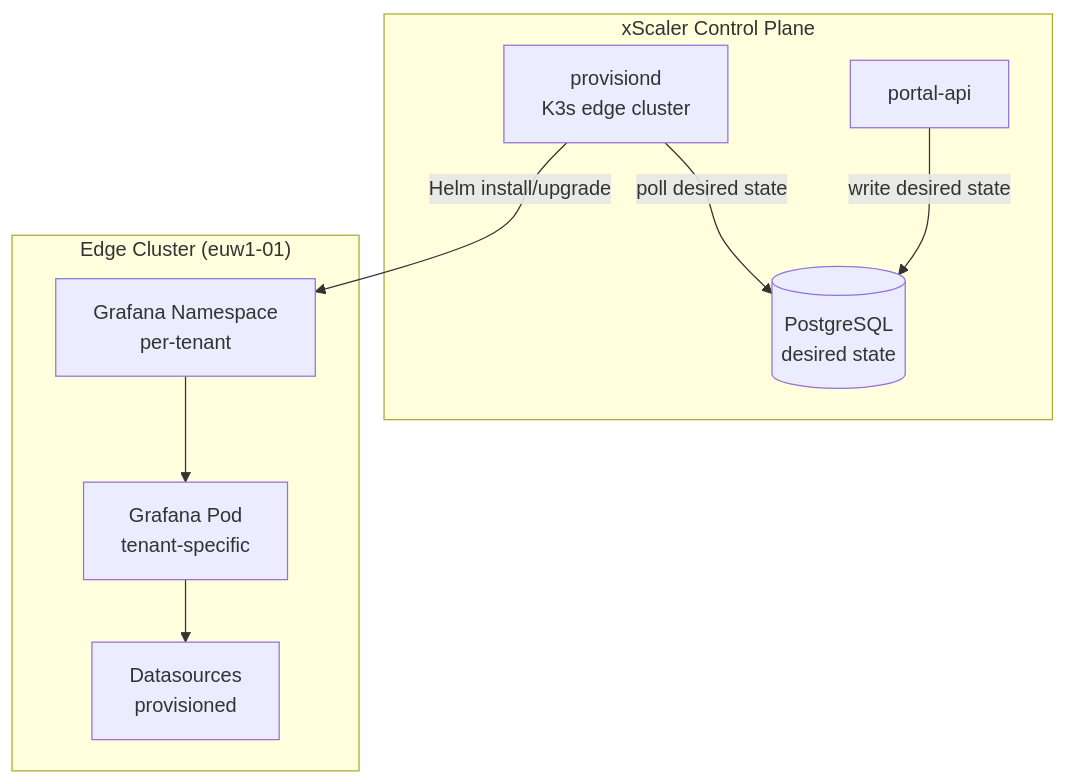
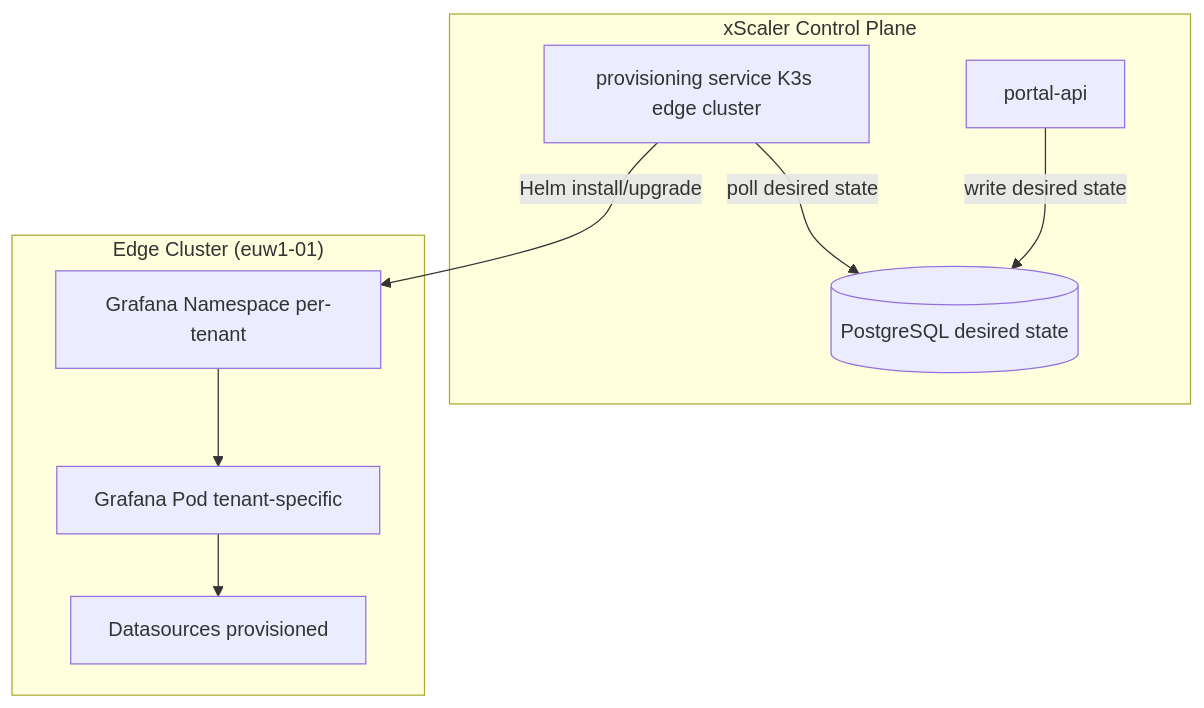
The diagram in docs/session-5/deployment-options.md (xscaler/training), drawn with Mermaid before and after one commit. The commit also changed other lines of this file and 38 other files, not shown here.

First line of the commit message:
Remove internal content, fix Mermaid diagrams, and rewrite labs as customer-facing exercises

````diff
--- a/docs/session-5/deployment-options.md
+++ b/docs/session-5/deployment-options.md
@@ -38,19 +38,19 @@
 ```mermaid
 graph TB
     subgraph "xScaler Control Plane"
         PA[portal-api]
-        PR[provisiond\nK3s edge cluster]
-        PG[(PostgreSQL\ndesired state)]
+        PR[provisioning service K3s edge cluster]
+        PG[(PostgreSQL desired state)]
     end
 
     subgraph "Edge Cluster (euw1-01)"
-        GR_NS[Grafana Namespace\nper-tenant]
-        GR[Grafana Pod\ntenant-specific]
-        DS[Datasources\nprovisioned]
+        GR_NS[Grafana Namespace per-tenant]
+        GR[Grafana Pod tenant-specific]
+        DS[Datasources provisioned]
     end
 
     PA -->|write desired state| PG
     PR -->|poll desired state| PG
     PR -->|Helm install/upgrade| GR_NS
     GR_NS --> GR --> DS
 ```
````
